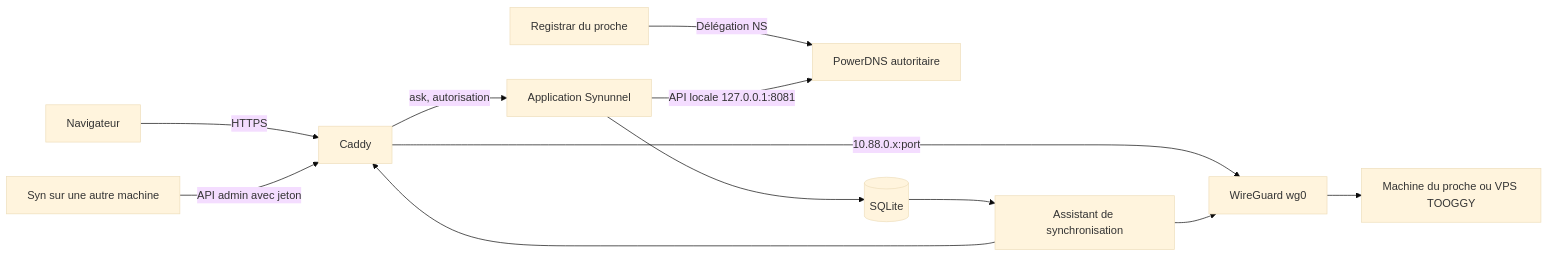
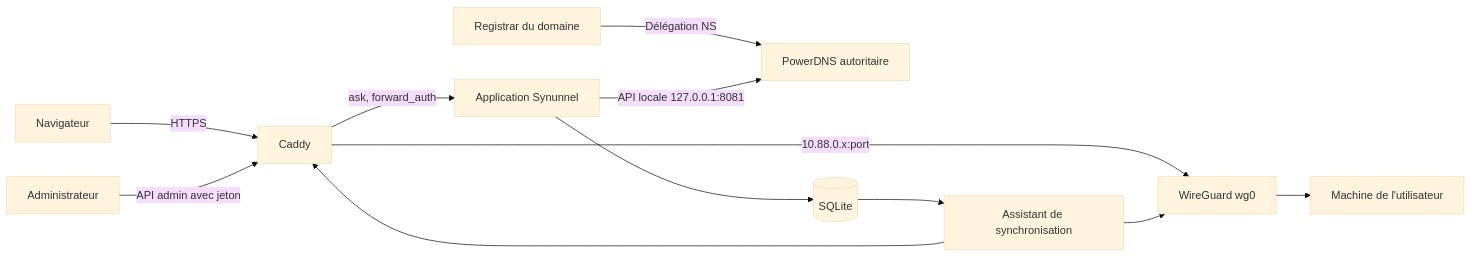
One commit to ludovicsanchez38-creator/synunnel changed the diagram in docs/ARCHITECTURE.md. Above: the diagram before and after it, drawn with Mermaid (base theme). The commit also changed other lines of this file and 7 other files, not shown here.

````diff
--- a/docs/ARCHITECTURE.md
+++ b/docs/ARCHITECTURE.md
@@ -5,14 +5,14 @@
 ```mermaid
 flowchart LR
-    R[Registrar du proche] -->|Délégation NS| P[PowerDNS autoritaire]
+    R[Registrar du domaine] -->|Délégation NS| P[PowerDNS autoritaire]
     B[Navigateur] -->|HTTPS| C[Caddy]
-    C -->|ask, autorisation| A[Application Synunnel]
+    C -->|ask, forward_auth| A[Application Synunnel]
     C -->|10.88.0.x:port| W[WireGuard wg0]
-    W --> M[Machine du proche ou VPS TOOGGY]
+    W --> M[Machine de l'utilisateur]
     A -->|API locale 127.0.0.1:8081| P
     A --> D[(SQLite)]
     D --> H[Assistant de synchronisation]
     H --> C
     H --> W
-    S[Syn sur une autre machine] -->|API admin avec jeton| C
+    O[Administrateur] -->|API admin avec jeton| C
 ```
````
